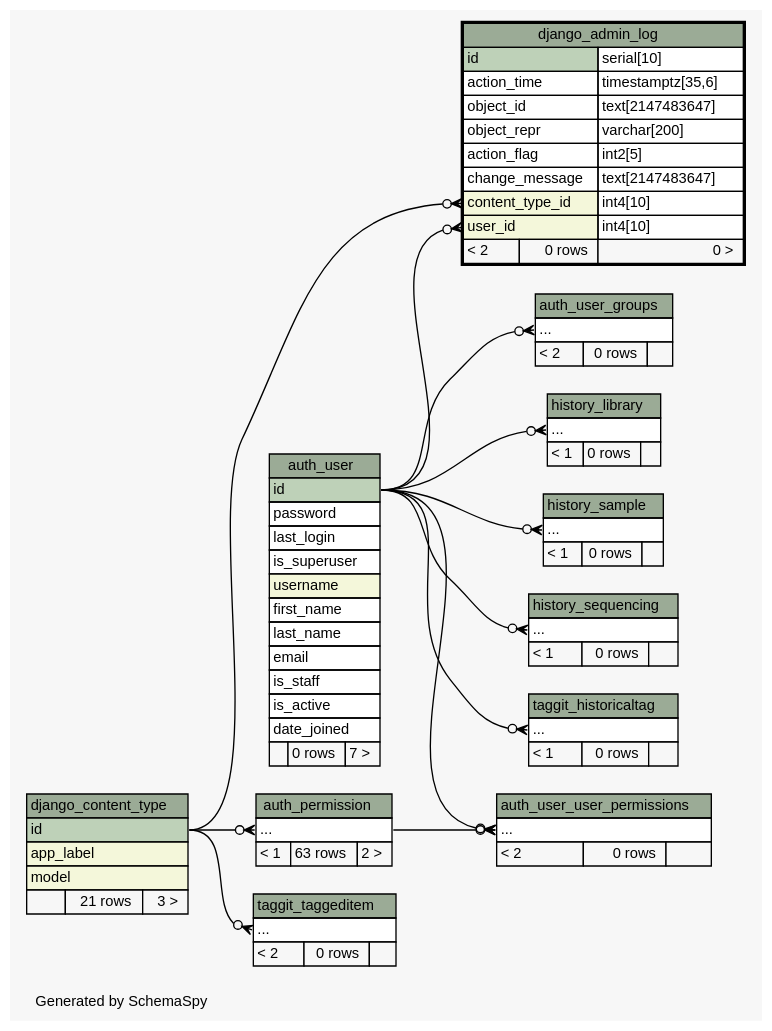
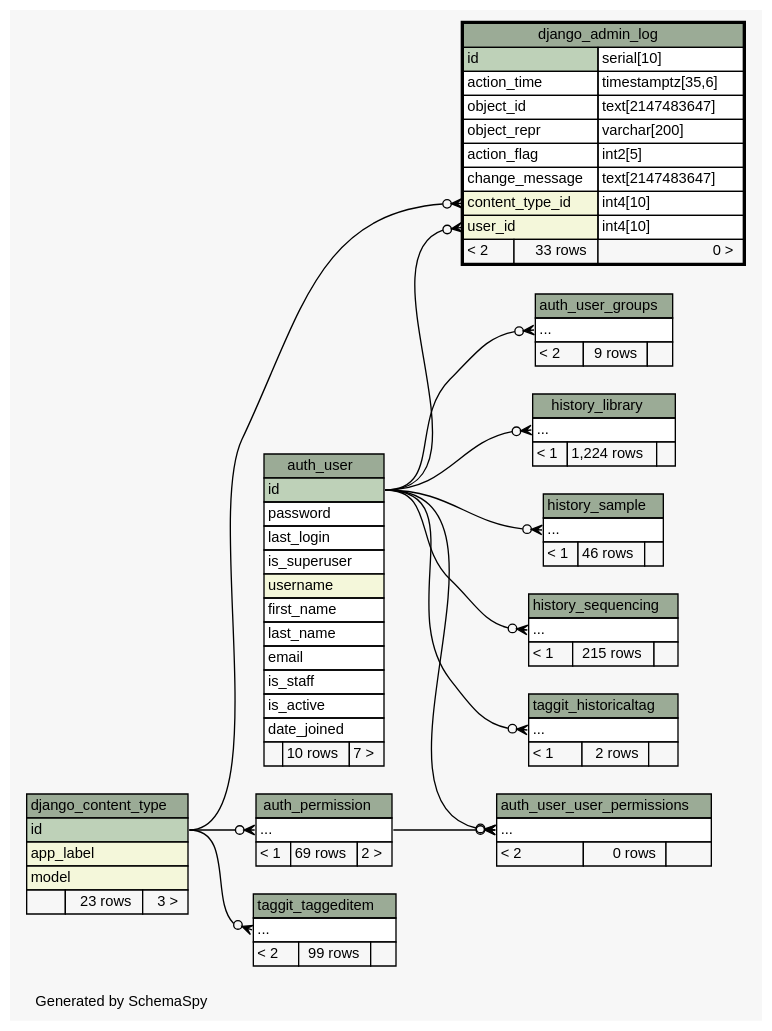
Before and after one commit to molonc/colossus: the diagram in db-schema/diagrams/django_admin_log.2degrees.dot, drawn with Graphviz. The commit also changed 159 other files, not shown here.

Commit message:
KRONOS-258 database schema update

```diff
--- a/db-schema/diagrams/django_admin_log.2degrees.dot
+++ b/db-schema/diagrams/django_admin_log.2degrees.dot
@@ -1,162 +1,162 @@
 // dot 2.36.0 on Mac OS X 10.9.5
 // SchemaSpy rev 590
 digraph "twoDegreesRelationshipsDiagram" {
   graph [
     rankdir="RL"
     bgcolor="#f7f7f7"
     label="\nGenerated by SchemaSpy"
     labeljust="l"
     nodesep="0.18"
     ranksep="0.46"
     fontname="Helvetica"
     fontsize="11"
   ];
   node [
     fontname="Helvetica"
     fontsize="11"
     shape="plaintext"
   ];
   edge [
     arrowsize="0.8"
   ];
   "auth_permission":"elipses":w -> "django_content_type":"id":e [arrowhead=none dir=back arrowtail=crowodot];
   "auth_user_groups":"elipses":w -> "auth_user":"id":e [arrowhead=none dir=back arrowtail=crowodot];
   "auth_user_user_permissions":"elipses":w -> "auth_permission":"elipses":e [arrowhead=none dir=back arrowtail=crowodot];
   "auth_user_user_permissions":"elipses":w -> "auth_user":"id":e [arrowhead=none dir=back arrowtail=crowodot];
   "django_admin_log":"content_type_id":w -> "django_content_type":"id":e [arrowhead=none dir=back arrowtail=crowodot];
   "django_admin_log":"user_id":w -> "auth_user":"id":e [arrowhead=none dir=back arrowtail=crowodot];
   "history_library":"elipses":w -> "auth_user":"id":e [arrowhead=none dir=back arrowtail=crowodot];
   "history_sample":"elipses":w -> "auth_user":"id":e [arrowhead=none dir=back arrowtail=crowodot];
   "history_sequencing":"elipses":w -> "auth_user":"id":e [arrowhead=none dir=back arrowtail=crowodot];
   "taggit_historicaltag":"elipses":w -> "auth_user":"id":e [arrowhead=none dir=back arrowtail=crowodot];
   "taggit_taggeditem":"elipses":w -> "django_content_type":"id":e [arrowhead=none dir=back arrowtail=crowodot];
   "auth_permission" [
     label=<
     <TABLE BORDER="0" CELLBORDER="1" CELLSPACING="0" BGCOLOR="#ffffff">
       <TR><TD COLSPAN="3" BGCOLOR="#9bab96" ALIGN="CENTER">auth_permission</TD></TR>
       <TR><TD PORT="elipses" COLSPAN="3" ALIGN="LEFT">...</TD></TR>
-      <TR><TD ALIGN="LEFT" BGCOLOR="#f7f7f7">&lt; 1</TD><TD ALIGN="RIGHT" BGCOLOR="#f7f7f7">63 rows</TD><TD ALIGN="RIGHT" BGCOLOR="#f7f7f7">2 &gt;</TD></TR>
+      <TR><TD ALIGN="LEFT" BGCOLOR="#f7f7f7">&lt; 1</TD><TD ALIGN="RIGHT" BGCOLOR="#f7f7f7">69 rows</TD><TD ALIGN="RIGHT" BGCOLOR="#f7f7f7">2 &gt;</TD></TR>
     </TABLE>>
     URL="auth_permission.html"
     tooltip="auth_permission"
   ];
   "auth_user" [
     label=<
     <TABLE BORDER="0" CELLBORDER="1" CELLSPACING="0" BGCOLOR="#ffffff">
       <TR><TD COLSPAN="3" BGCOLOR="#9bab96" ALIGN="CENTER">auth_user</TD></TR>
       <TR><TD PORT="id" COLSPAN="3" BGCOLOR="#bed1b8" ALIGN="LEFT">id</TD></TR>
       <TR><TD PORT="password" COLSPAN="3" ALIGN="LEFT">password</TD></TR>
       <TR><TD PORT="last_login" COLSPAN="3" ALIGN="LEFT">last_login</TD></TR>
       <TR><TD PORT="is_superuser" COLSPAN="3" ALIGN="LEFT">is_superuser</TD></TR>
       <TR><TD PORT="username" COLSPAN="3" BGCOLOR="#f4f7da" ALIGN="LEFT">username</TD></TR>
       <TR><TD PORT="first_name" COLSPAN="3" ALIGN="LEFT">first_name</TD></TR>
       <TR><TD PORT="last_name" COLSPAN="3" ALIGN="LEFT">last_name</TD></TR>
       <TR><TD PORT="email" COLSPAN="3" ALIGN="LEFT">email</TD></TR>
       <TR><TD PORT="is_staff" COLSPAN="3" ALIGN="LEFT">is_staff</TD></TR>
       <TR><TD PORT="is_active" COLSPAN="3" ALIGN="LEFT">is_active</TD></TR>
       <TR><TD PORT="date_joined" COLSPAN="3" ALIGN="LEFT">date_joined</TD></TR>
-      <TR><TD ALIGN="LEFT" BGCOLOR="#f7f7f7">  </TD><TD ALIGN="RIGHT" BGCOLOR="#f7f7f7">0 rows</TD><TD ALIGN="RIGHT" BGCOLOR="#f7f7f7">7 &gt;</TD></TR>
+      <TR><TD ALIGN="LEFT" BGCOLOR="#f7f7f7">  </TD><TD ALIGN="RIGHT" BGCOLOR="#f7f7f7">10 rows</TD><TD ALIGN="RIGHT" BGCOLOR="#f7f7f7">7 &gt;</TD></TR>
     </TABLE>>
     URL="auth_user.html"
     tooltip="auth_user"
   ];
   "auth_user_groups" [
     label=<
     <TABLE BORDER="0" CELLBORDER="1" CELLSPACING="0" BGCOLOR="#ffffff">
       <TR><TD COLSPAN="3" BGCOLOR="#9bab96" ALIGN="CENTER">auth_user_groups</TD></TR>
       <TR><TD PORT="elipses" COLSPAN="3" ALIGN="LEFT">...</TD></TR>
-      <TR><TD ALIGN="LEFT" BGCOLOR="#f7f7f7">&lt; 2</TD><TD ALIGN="RIGHT" BGCOLOR="#f7f7f7">0 rows</TD><TD ALIGN="RIGHT" BGCOLOR="#f7f7f7">  </TD></TR>
+      <TR><TD ALIGN="LEFT" BGCOLOR="#f7f7f7">&lt; 2</TD><TD ALIGN="RIGHT" BGCOLOR="#f7f7f7">9 rows</TD><TD ALIGN="RIGHT" BGCOLOR="#f7f7f7">  </TD></TR>
     </TABLE>>
     URL="auth_user_groups.html"
     tooltip="auth_user_groups"
   ];
   "auth_user_user_permissions" [
     label=<
     <TABLE BORDER="0" CELLBORDER="1" CELLSPACING="0" BGCOLOR="#ffffff">
       <TR><TD COLSPAN="3" BGCOLOR="#9bab96" ALIGN="CENTER">auth_user_user_permissions</TD></TR>
       <TR><TD PORT="elipses" COLSPAN="3" ALIGN="LEFT">...</TD></TR>
       <TR><TD ALIGN="LEFT" BGCOLOR="#f7f7f7">&lt; 2</TD><TD ALIGN="RIGHT" BGCOLOR="#f7f7f7">0 rows</TD><TD ALIGN="RIGHT" BGCOLOR="#f7f7f7">  </TD></TR>
     </TABLE>>
     URL="auth_user_user_permissions.html"
     tooltip="auth_user_user_permissions"
   ];
   "django_admin_log" [
     label=<
     <TABLE BORDER="2" CELLBORDER="1" CELLSPACING="0" BGCOLOR="#ffffff">
       <TR><TD COLSPAN="3" BGCOLOR="#9bab96" ALIGN="CENTER">django_admin_log</TD></TR>
       <TR><TD PORT="id" COLSPAN="2" BGCOLOR="#bed1b8" ALIGN="LEFT">id</TD><TD PORT="id.type" ALIGN="LEFT">serial[10]</TD></TR>
       <TR><TD PORT="action_time" COLSPAN="2" ALIGN="LEFT">action_time</TD><TD PORT="action_time.type" ALIGN="LEFT">timestamptz[35,6]</TD></TR>
       <TR><TD PORT="object_id" COLSPAN="2" ALIGN="LEFT">object_id</TD><TD PORT="object_id.type" ALIGN="LEFT">text[2147483647]</TD></TR>
       <TR><TD PORT="object_repr" COLSPAN="2" ALIGN="LEFT">object_repr</TD><TD PORT="object_repr.type" ALIGN="LEFT">varchar[200]</TD></TR>
       <TR><TD PORT="action_flag" COLSPAN="2" ALIGN="LEFT">action_flag</TD><TD PORT="action_flag.type" ALIGN="LEFT">int2[5]</TD></TR>
       <TR><TD PORT="change_message" COLSPAN="2" ALIGN="LEFT">change_message</TD><TD PORT="change_message.type" ALIGN="LEFT">text[2147483647]</TD></TR>
       <TR><TD PORT="content_type_id" COLSPAN="2" BGCOLOR="#f4f7da" ALIGN="LEFT">content_type_id</TD><TD PORT="content_type_id.type" ALIGN="LEFT">int4[10]</TD></TR>
       <TR><TD PORT="user_id" COLSPAN="2" BGCOLOR="#f4f7da" ALIGN="LEFT">user_id</TD><TD PORT="user_id.type" ALIGN="LEFT">int4[10]</TD></TR>
-      <TR><TD ALIGN="LEFT" BGCOLOR="#f7f7f7">&lt; 2</TD><TD ALIGN="RIGHT" BGCOLOR="#f7f7f7">0 rows</TD><TD ALIGN="RIGHT" BGCOLOR="#f7f7f7">0 &gt;</TD></TR>
+      <TR><TD ALIGN="LEFT" BGCOLOR="#f7f7f7">&lt; 2</TD><TD ALIGN="RIGHT" BGCOLOR="#f7f7f7">33 rows</TD><TD ALIGN="RIGHT" BGCOLOR="#f7f7f7">0 &gt;</TD></TR>
     </TABLE>>
     URL="django_admin_log.html"
     tooltip="django_admin_log"
   ];
   "django_content_type" [
     label=<
     <TABLE BORDER="0" CELLBORDER="1" CELLSPACING="0" BGCOLOR="#ffffff">
       <TR><TD COLSPAN="3" BGCOLOR="#9bab96" ALIGN="CENTER">django_content_type</TD></TR>
       <TR><TD PORT="id" COLSPAN="3" BGCOLOR="#bed1b8" ALIGN="LEFT">id</TD></TR>
       <TR><TD PORT="app_label" COLSPAN="3" BGCOLOR="#f4f7da" ALIGN="LEFT">app_label</TD></TR>
       <TR><TD PORT="model" COLSPAN="3" BGCOLOR="#f4f7da" ALIGN="LEFT">model</TD></TR>
-      <TR><TD ALIGN="LEFT" BGCOLOR="#f7f7f7">  </TD><TD ALIGN="RIGHT" BGCOLOR="#f7f7f7">21 rows</TD><TD ALIGN="RIGHT" BGCOLOR="#f7f7f7">3 &gt;</TD></TR>
+      <TR><TD ALIGN="LEFT" BGCOLOR="#f7f7f7">  </TD><TD ALIGN="RIGHT" BGCOLOR="#f7f7f7">23 rows</TD><TD ALIGN="RIGHT" BGCOLOR="#f7f7f7">3 &gt;</TD></TR>
     </TABLE>>
     URL="django_content_type.html"
     tooltip="django_content_type"
   ];
   "history_library" [
     label=<
     <TABLE BORDER="0" CELLBORDER="1" CELLSPACING="0" BGCOLOR="#ffffff">
       <TR><TD COLSPAN="3" BGCOLOR="#9bab96" ALIGN="CENTER">history_library</TD></TR>
       <TR><TD PORT="elipses" COLSPAN="3" ALIGN="LEFT">...</TD></TR>
-      <TR><TD ALIGN="LEFT" BGCOLOR="#f7f7f7">&lt; 1</TD><TD ALIGN="RIGHT" BGCOLOR="#f7f7f7">0 rows</TD><TD ALIGN="RIGHT" BGCOLOR="#f7f7f7">  </TD></TR>
+      <TR><TD ALIGN="LEFT" BGCOLOR="#f7f7f7">&lt; 1</TD><TD ALIGN="RIGHT" BGCOLOR="#f7f7f7">1,224 rows</TD><TD ALIGN="RIGHT" BGCOLOR="#f7f7f7">  </TD></TR>
     </TABLE>>
     URL="history_library.html"
     tooltip="history_library"
   ];
   "history_sample" [
     label=<
     <TABLE BORDER="0" CELLBORDER="1" CELLSPACING="0" BGCOLOR="#ffffff">
       <TR><TD COLSPAN="3" BGCOLOR="#9bab96" ALIGN="CENTER">history_sample</TD></TR>
       <TR><TD PORT="elipses" COLSPAN="3" ALIGN="LEFT">...</TD></TR>
-      <TR><TD ALIGN="LEFT" BGCOLOR="#f7f7f7">&lt; 1</TD><TD ALIGN="RIGHT" BGCOLOR="#f7f7f7">0 rows</TD><TD ALIGN="RIGHT" BGCOLOR="#f7f7f7">  </TD></TR>
+      <TR><TD ALIGN="LEFT" BGCOLOR="#f7f7f7">&lt; 1</TD><TD ALIGN="RIGHT" BGCOLOR="#f7f7f7">46 rows</TD><TD ALIGN="RIGHT" BGCOLOR="#f7f7f7">  </TD></TR>
     </TABLE>>
     URL="history_sample.html"
     tooltip="history_sample"
   ];
   "history_sequencing" [
     label=<
     <TABLE BORDER="0" CELLBORDER="1" CELLSPACING="0" BGCOLOR="#ffffff">
       <TR><TD COLSPAN="3" BGCOLOR="#9bab96" ALIGN="CENTER">history_sequencing</TD></TR>
       <TR><TD PORT="elipses" COLSPAN="3" ALIGN="LEFT">...</TD></TR>
-      <TR><TD ALIGN="LEFT" BGCOLOR="#f7f7f7">&lt; 1</TD><TD ALIGN="RIGHT" BGCOLOR="#f7f7f7">0 rows</TD><TD ALIGN="RIGHT" BGCOLOR="#f7f7f7">  </TD></TR>
+      <TR><TD ALIGN="LEFT" BGCOLOR="#f7f7f7">&lt; 1</TD><TD ALIGN="RIGHT" BGCOLOR="#f7f7f7">215 rows</TD><TD ALIGN="RIGHT" BGCOLOR="#f7f7f7">  </TD></TR>
     </TABLE>>
     URL="history_sequencing.html"
     tooltip="history_sequencing"
   ];
   "taggit_historicaltag" [
     label=<
     <TABLE BORDER="0" CELLBORDER="1" CELLSPACING="0" BGCOLOR="#ffffff">
       <TR><TD COLSPAN="3" BGCOLOR="#9bab96" ALIGN="CENTER">taggit_historicaltag</TD></TR>
       <TR><TD PORT="elipses" COLSPAN="3" ALIGN="LEFT">...</TD></TR>
-      <TR><TD ALIGN="LEFT" BGCOLOR="#f7f7f7">&lt; 1</TD><TD ALIGN="RIGHT" BGCOLOR="#f7f7f7">0 rows</TD><TD ALIGN="RIGHT" BGCOLOR="#f7f7f7">  </TD></TR>
+      <TR><TD ALIGN="LEFT" BGCOLOR="#f7f7f7">&lt; 1</TD><TD ALIGN="RIGHT" BGCOLOR="#f7f7f7">2 rows</TD><TD ALIGN="RIGHT" BGCOLOR="#f7f7f7">  </TD></TR>
     </TABLE>>
     URL="taggit_historicaltag.html"
     tooltip="taggit_historicaltag"
   ];
   "taggit_taggeditem" [
     label=<
     <TABLE BORDER="0" CELLBORDER="1" CELLSPACING="0" BGCOLOR="#ffffff">
       <TR><TD COLSPAN="3" BGCOLOR="#9bab96" ALIGN="CENTER">taggit_taggeditem</TD></TR>
       <TR><TD PORT="elipses" COLSPAN="3" ALIGN="LEFT">...</TD></TR>
-      <TR><TD ALIGN="LEFT" BGCOLOR="#f7f7f7">&lt; 2</TD><TD ALIGN="RIGHT" BGCOLOR="#f7f7f7">0 rows</TD><TD ALIGN="RIGHT" BGCOLOR="#f7f7f7">  </TD></TR>
+      <TR><TD ALIGN="LEFT" BGCOLOR="#f7f7f7">&lt; 2</TD><TD ALIGN="RIGHT" BGCOLOR="#f7f7f7">99 rows</TD><TD ALIGN="RIGHT" BGCOLOR="#f7f7f7">  </TD></TR>
     </TABLE>>
     URL="taggit_taggeditem.html"
     tooltip="taggit_taggeditem"
   ];
 }
```
